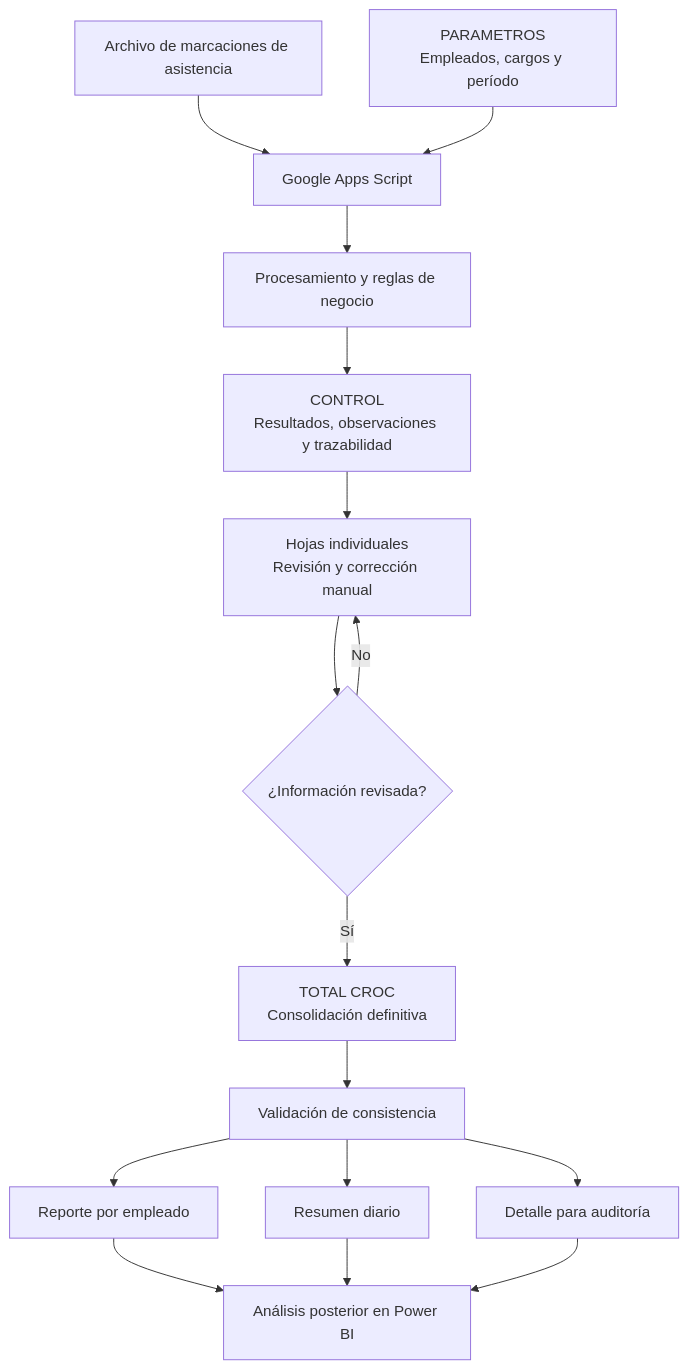
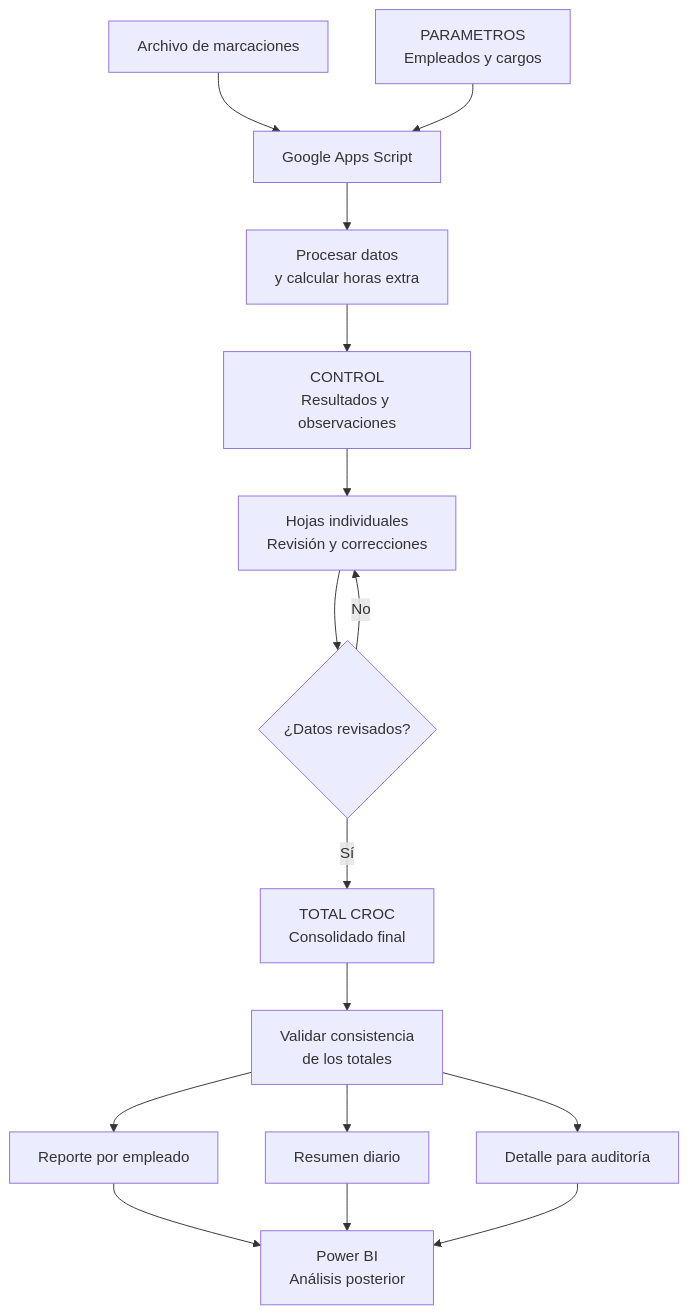
The diagram in Automatizacion-novedades-nomina/README.md (IGiovanniRamirez/Giovanni-Ramirez-Data-Portfolio), drawn with Mermaid before and after one commit.

````diff
--- a/Automatizacion-novedades-nomina/README.md
+++ b/Automatizacion-novedades-nomina/README.md
@@ -42,21 +43,32 @@
 ```mermaid
 flowchart TD
-    A["Archivo de marcaciones de asistencia"] --> B["Google Apps Script"]
-    C["PARAMETROS<br/>Empleados, cargos y período"] --> B
+    A["Archivo de marcaciones"]
+    C["PARAMETROS<br/>Empleados y cargos"]
+    B["Google Apps Script"]
+    D["Procesar datos<br/>y calcular horas extra"]
+    E["CONTROL<br/>Resultados y observaciones"]
+    F["Hojas individuales<br/>Revisión y correcciones"]
+    G{"¿Datos revisados?"}
+    H["TOTAL CROC<br/>Consolidado final"]
+    I["Validar consistencia<br/>de los totales"]
+    J["Reporte por empleado"]
+    K["Resumen diario"]
+    L["Detalle para auditoría"]
+    M["Power BI<br/>Análisis posterior"]
 
-    B --> D["Procesamiento y reglas de negocio"]
-    D --> E["CONTROL<br/>Resultados, observaciones y trazabilidad"]
-    E --> F["Hojas individuales<br/>Revisión y corrección manual"]
-
-    F --> G{"¿Información revisada?"}
+    A --> B
+    C --> B
+    B --> D
+    D --> E
+    E --> F
+    F --> G
     G -->|No| F
-    G -->|Sí| H["TOTAL CROC<br/>Consolidación definitiva"]
-
-    H --> I["Validación de consistencia"]
-    I --> J["Reporte por empleado"]
-    I --> K["Resumen diario"]
-    I --> L["Detalle para auditoría"]
-    J --> M["Análisis posterior en Power BI"]
+    G -->|Sí| H
+    H --> I
+    I --> J
+    I --> K
+    I --> L
+    J --> M
     K --> M
     L --> M
 ```
````
